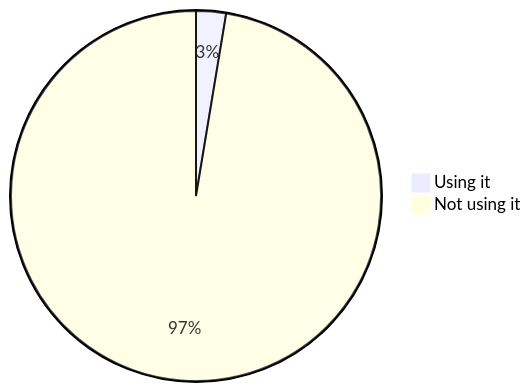
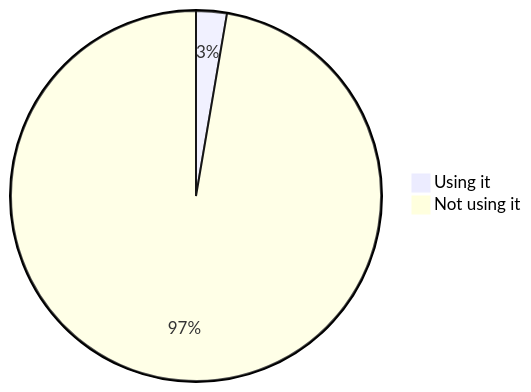
Diagram 17 of 22 in stats.md (oshp/oshp-stats), drawn with Mermaid before and after one commit. The commit also changed other lines of this file, not shown here.

````diff
--- a/stats.md
+++ b/stats.md
@@ -202,6 +202,6 @@
 ```mermaid
 pie
-	"Using it" : 2.61
-	"Not using it" : 97.39
+	"Using it" : 2.68
+	"Not using it" : 97.32
 
 ```
````
